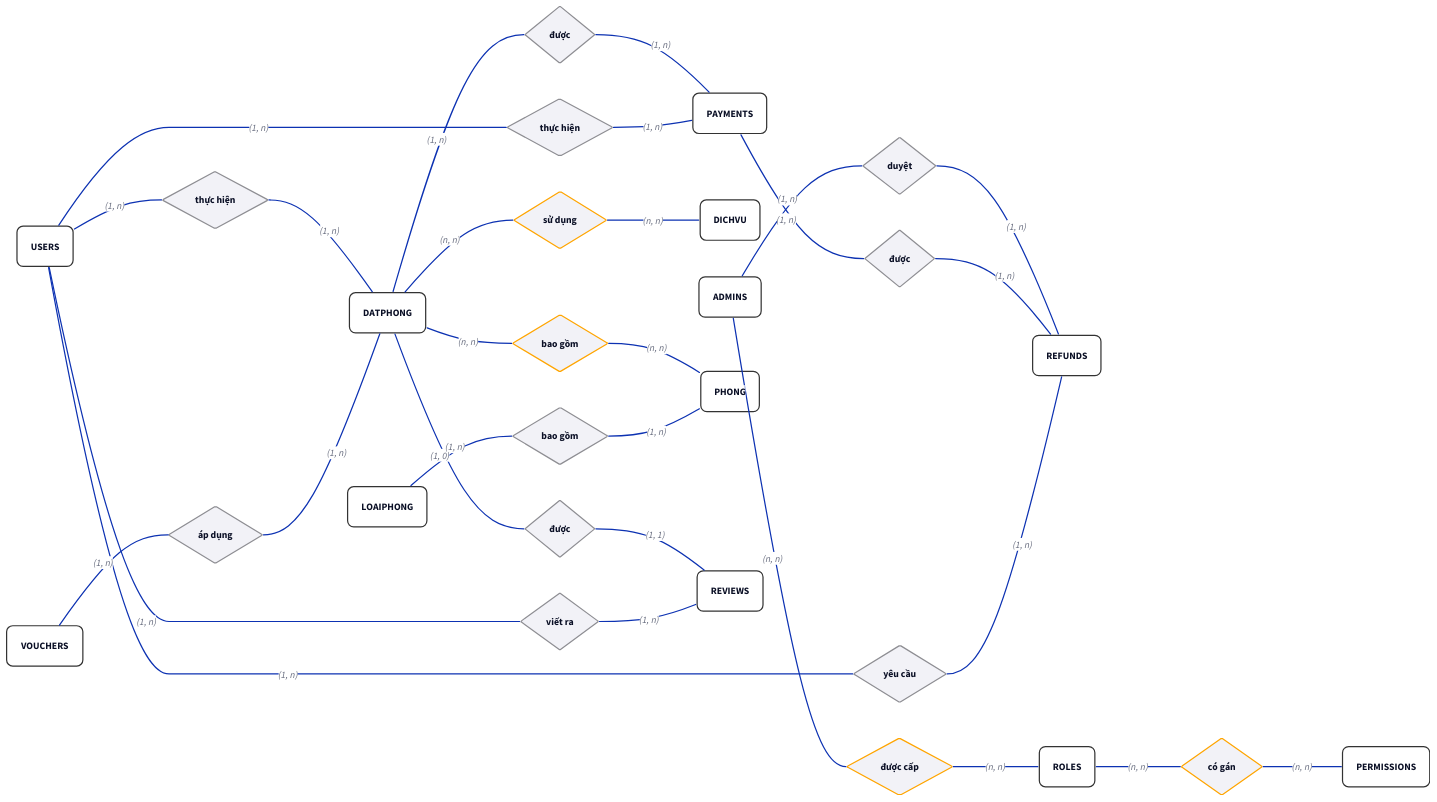
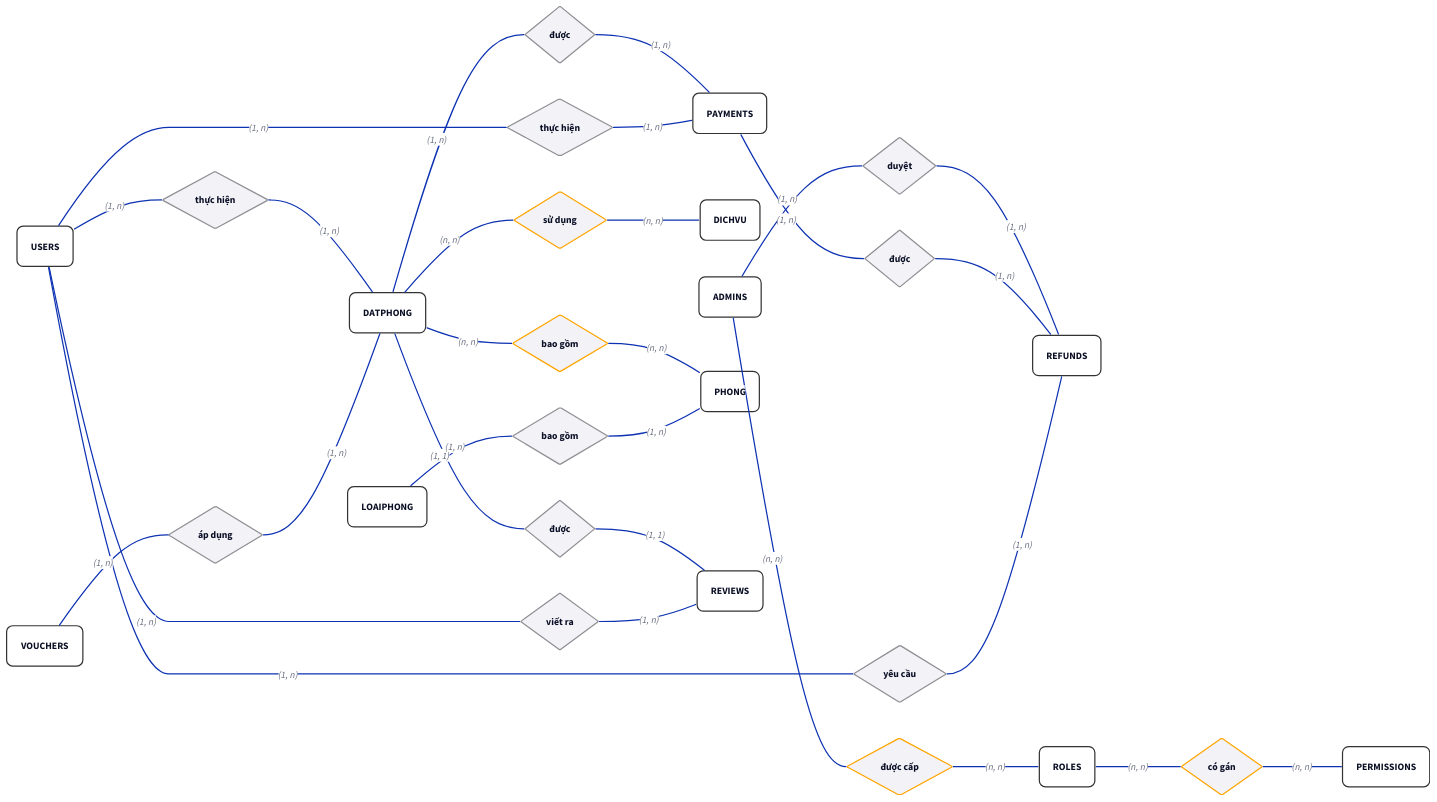
Before and after one commit to sam-uit/ie103-project-report: the diagram in baocao/content/diagrams/ch02-concept-erd.d2, drawn with D2. The commit also changed 3 other files, not shown here.

Commit message:
Mô Hình ERD Hoàn Chỉnh

```diff
--- a/baocao/content/diagrams/ch02-concept-erd.d2
+++ b/baocao/content/diagrams/ch02-concept-erd.d2
@@ -1,112 +1,112 @@
 direction: right
 
 # --- 0. STYLES ---
 style: {
   opacity: 0.0
   fill: transparent
 }
 
 # --- 1. SETTINGS ---
 classes: {
   entity: {
     shape: rectangle
     style: {border-radius: 10; fill: "#FFFFFF"; stroke: "#333333"}
   }
   rel: {
     shape: diamond
     style: {fill: "#F2F2F7"; stroke: "#8E8E93"}
   }
   attr: {
     shape: oval
     # width: 100; height: 50
     style: {fill: "#F0F8FF"; stroke: "#4682B4"; stroke-dash: 3}
   }
 }
 
 # --- 2. ENTITIES ---
 ADMINS: {class: entity; label: "ADMINS"}
 DATPHONG: {class: entity; label: "DATPHONG"}
 DICHVU: {class: entity; label: "DICHVU"}
 LOAIPHONG: {class: entity; label: "LOAIPHONG"}
 PAYMENTS: {class: entity; label: "PAYMENTS"}
 PERMISSIONS: {class: entity; label: "PERMISSIONS"}
 PHONG: {class: entity; label: "PHONG"}
 REFUNDS: {class: entity; label: "REFUNDS"}
 REVIEWS: {class: entity; label: "REVIEWS"}
 ROLES: {class: entity; label: "ROLES"}
 USERS: {class: entity; label: "USERS"}
 VOUCHERS: {class: entity; label: "VOUCHERS"}
 
 # --- 3. RELATIONSHIPS ---
 # ngôn ngữ "tự nhiên"
 
 # ADMINS -> REFUNDS: duyệt
 admins_refunds: {class: rel; label: "duyệt"}
 ADMINS -- admins_refunds: (1, n)
 admins_refunds -- REFUNDS: (1, n)
 
 # ADMINS -> ROLES: được cấp
 # n - n: viền cam
 admins_roles: {class: rel; label: "được cấp"; style: {stroke: orange}}
 ADMINS -- admins_roles: (n, n)
 admins_roles -- ROLES: (n, n)
 
 # DATPHONG -> DICHVU: bao gồm
 datphong_dichvu: {class: rel; label: "sử dụng"; style: {stroke: orange}}
 DATPHONG -- datphong_dichvu: (n, n)
 datphong_dichvu -- DICHVU: (n, n)
 
 # DATPHONG -> PAYMENTS: được
 datphong_payments: {class: rel; label: "được"}
 DATPHONG -- datphong_payments: (1, n)
 datphong_payments -- PAYMENTS: (1, n)
 
 # DATPHONG -> PHONG: có nhiều
 datphong_phong: {class: rel; label: "bao gồm"; style: {stroke: orange}}
 DATPHONG -- datphong_phong: (n, n)
 datphong_phong -- PHONG: (n, n)
 
 # DATPHONG -> REVIEWS: được
 datphong_reviews: {class: rel; label: "được"}
-DATPHONG -- datphong_reviews: (1, 0)
+DATPHONG -- datphong_reviews: (1, 1)
 datphong_reviews -- REVIEWS: (1, 1)
 
 # LOAIPHONG <- PHONG: thuộc
 loaiphong_phong: {class: rel; label: "bao gồm"}
 LOAIPHONG -- loaiphong_phong: (1, n)
 loaiphong_phong -- PHONG: (1, n)
 
 # PAYMENTS -> REFUNDS: được
 payments_refunds: {class: rel; label: "được"}
 PAYMENTS -- payments_refunds: (1, n)
 payments_refunds -- REFUNDS: (1, n)
 
 # ROLES -> PERMISSIONS: có các
 roles_permissions: {class: rel; label: "có gán"; style: {stroke: orange}}
 ROLES -- roles_permissions: (n, n)
 roles_permissions -- PERMISSIONS: (n, n)
 
 # USERS -> DATPHONG: thực hiện
 users_datphong: {class: rel; label: "thực hiện"}
 USERS -- users_datphong: (1, n)
 users_datphong -- DATPHONG: (1, n)
 
 # USERS -> PAYMENTS: thực hiện
 users_payment: {class: rel; label: "thực hiện"}
 USERS -- users_payment: (1, n)
 users_payment -- PAYMENTS: (1, n)
 
 # USERS -> REFUNDS: yêu cầu
 users_refunds: {class: rel; label: "yêu cầu"}
 USERS -- users_refunds: (1, n)
 users_refunds -- REFUNDS: (1, n)
 
 # USERS -> REVIEWS: viết
 users_reviews: {class: rel; label: "viết ra"}
 USERS -- users_reviews: (1, n)
 users_reviews -- REVIEWS: (1, n)
 
 # VOUCHERS -> DATPHONG: áp dụng cho
 vouchers_datphong: {class: rel; label: "áp dụng"}
 VOUCHERS -- vouchers_datphong: (1, n)
 vouchers_datphong -- DATPHONG: (1, n)
```
